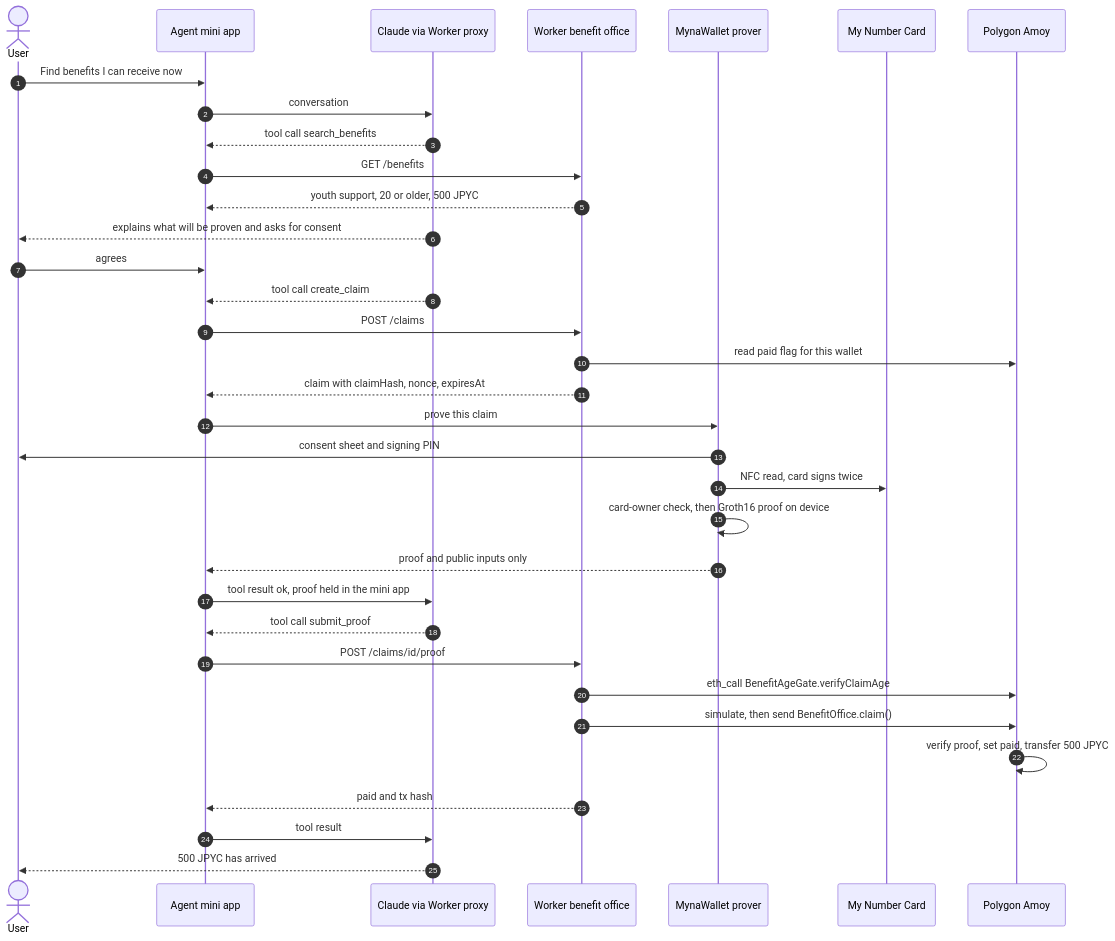
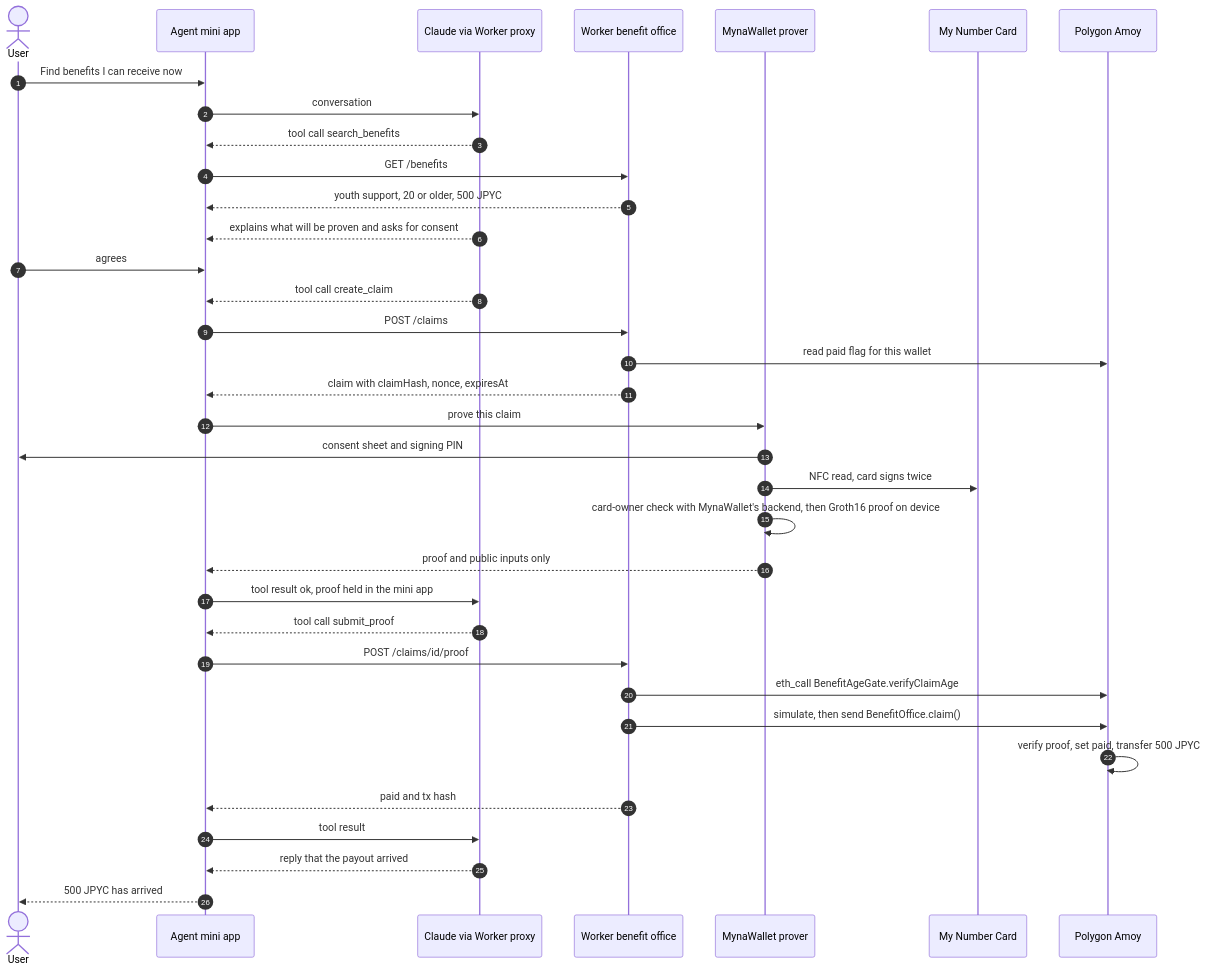
One commit to a42x/ETHGlobalTokyo2026 changed the second of 2 diagrams in README.md. Above: the diagram before and after it, drawn with Mermaid. The commit also changed other lines of this file, not shown here.

Commit message:
docs(readme): keep the owner check off the device in the diagram
The sequence diagram showed the card-owner check as a step inside the
prover, which read as on-device. Name MynaWallet's backend in that step,
and route the agent's replies through the mini app so the diagram matches
the two paths described under it.

Say that the contract alone decides whether to pay, rather than that
every rule lives in the contract: nonce single use is enforced only by
the Worker (see docs/submission-zk.md).

Refs #32

````diff
--- a/README.md
+++ b/README.md
@@ -92,37 +92,38 @@
 ```mermaid
 sequenceDiagram
   autonumber
   actor U as User
   participant M as Agent mini app
   participant L as Claude via Worker proxy
   participant W as Worker benefit office
   participant P as MynaWallet prover
   participant C as My Number Card
   participant A as Polygon Amoy
 
   U->>M: Find benefits I can receive now
   M->>L: conversation
   L-->>M: tool call search_benefits
   M->>W: GET /benefits
   W-->>M: youth support, 20 or older, 500 JPYC
-  L-->>U: explains what will be proven and asks for consent
+  L-->>M: explains what will be proven and asks for consent
   U->>M: agrees
   L-->>M: tool call create_claim
   M->>W: POST /claims
   W->>A: read paid flag for this wallet
   W-->>M: claim with claimHash, nonce, expiresAt
   M->>P: prove this claim
   P->>U: consent sheet and signing PIN
   P->>C: NFC read, card signs twice
-  P->>P: card-owner check, then Groth16 proof on device
+  P->>P: card-owner check with MynaWallet's backend, then Groth16 proof on device
   P-->>M: proof and public inputs only
   M->>L: tool result ok, proof held in the mini app
   L-->>M: tool call submit_proof
   M->>W: POST /claims/id/proof
   W->>A: eth_call BenefitAgeGate.verifyClaimAge
   W->>A: simulate, then send BenefitOffice.claim()
   A->>A: verify proof, set paid, transfer 500 JPYC
   W-->>M: paid and tx hash
   M->>L: tool result
-  L-->>U: 500 JPYC has arrived
+  L-->>M: reply that the payout arrived
+  M-->>U: 500 JPYC has arrived
 ```
````
